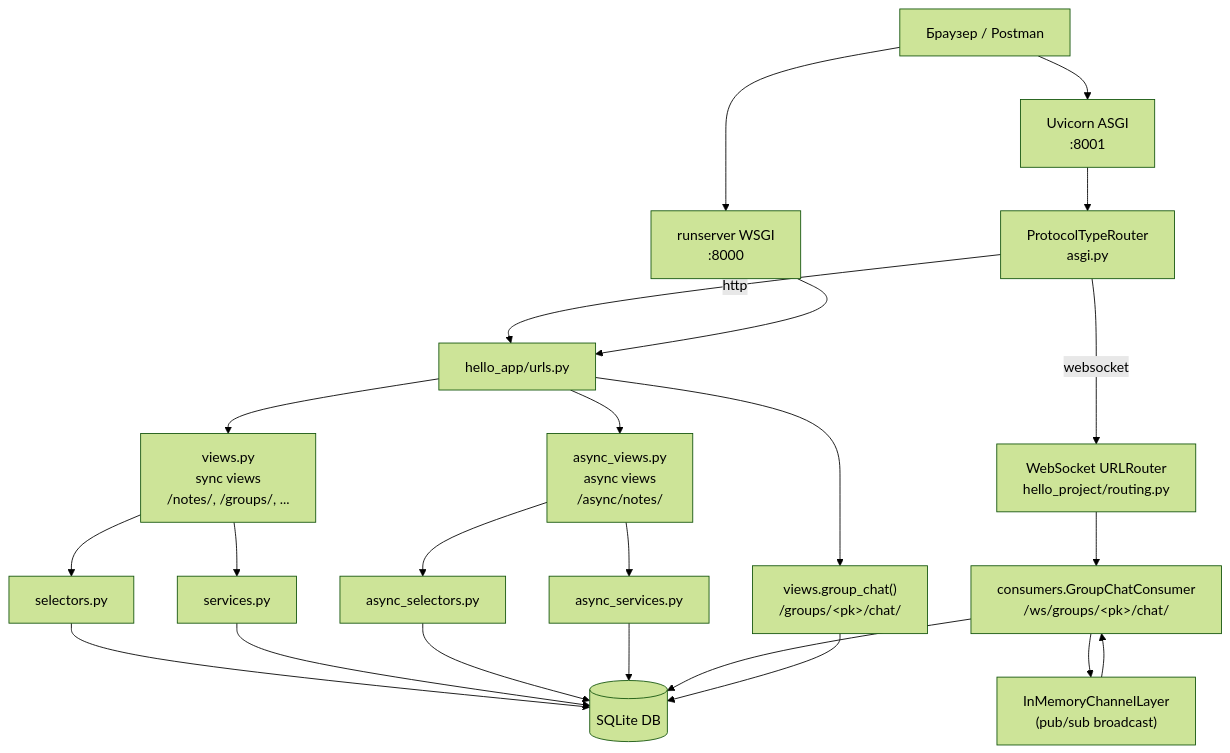
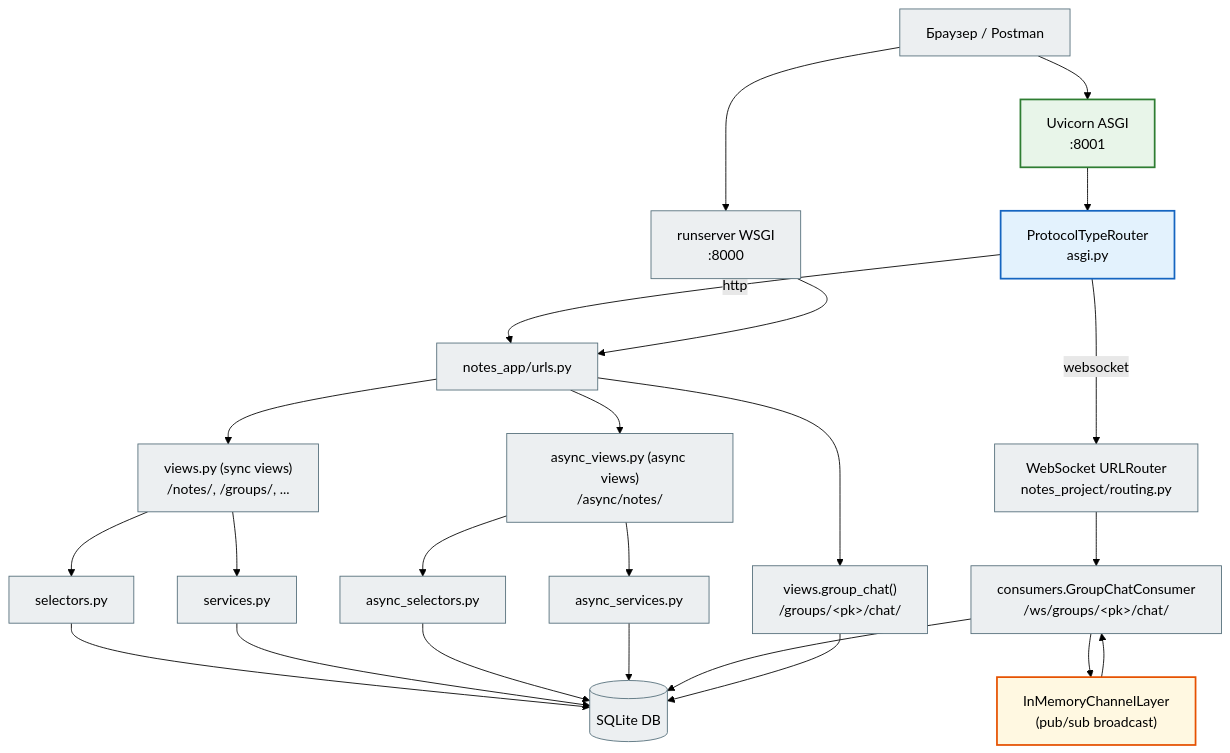
One commit to NikoriakViktot/notes_chat_app changed the first of 3 diagrams in docs/tutorials/07_async_django/7a_sync_vs_async.md. Above: the diagram before and after it, drawn with Mermaid (forest theme). The commit also changed other lines of this file and 441 other files, not shown here.

First line of the commit message:
Add English version of the book, Mermaid standard, docs fixes

````diff
--- a/docs/tutorials/07_async_django/7a_sync_vs_async.md
+++ b/docs/tutorials/07_async_django/7a_sync_vs_async.md
@@ -33,32 +33,42 @@
 ```mermaid
 flowchart TD
-    Browser["Браузер / Postman"] --> ASGI["Uvicorn ASGI\n:8001"]
-    Browser --> WSGI["runserver WSGI\n:8000"]
+    Browser["Браузер / Postman"] --> ASGI["Uvicorn ASGI<br>:8001"]
+    Browser --> WSGI["runserver WSGI<br>:8000"]
 
-    ASGI --> PTR["ProtocolTypeRouter\nasgi.py"]
-    PTR -->|"http"| URLs["hello_app/urls.py"]
-    PTR -->|"websocket"| WS["WebSocket URLRouter\nhello_project/routing.py"]
+    ASGI --> PTR["ProtocolTypeRouter<br>asgi.py"]
+    PTR -->|"http"| URLs["notes_app/urls.py"]
+    PTR -->|"websocket"| WS["WebSocket URLRouter<br>notes_project/routing.py"]
 
     WSGI --> URLs
 
-    URLs --> SyncViews["views.py\nsync views\n/notes/, /groups/, ..."]
-    URLs --> AsyncViews["async_views.py\nasync views\n/async/notes/"]
-    URLs --> ChatView["views.group_chat()\n/groups/&lt;pk&gt;/chat/"]
+    URLs --> SyncViews["views.py (sync views)<br>/notes/, /groups/, ..."]
+    URLs --> AsyncViews["async_views.py (async views)<br>/async/notes/"]
+    URLs --> ChatView["views.group_chat()<br>/groups/&lt;pk&gt;/chat/"]
 
-    WS --> Consumer["consumers.GroupChatConsumer\n/ws/groups/&lt;pk&gt;/chat/"]
+    WS --> Consumer["consumers.GroupChatConsumer<br>/ws/groups/&lt;pk&gt;/chat/"]
 
     SyncViews --> Selectors["selectors.py"]
     SyncViews --> Services["services.py"]
     AsyncViews --> AsyncSelectors["async_selectors.py"]
     AsyncViews --> AsyncServices["async_services.py"]
 
-    Consumer --> ChannelLayer["InMemoryChannelLayer\n(pub/sub broadcast)"]
+    Consumer --> ChannelLayer["InMemoryChannelLayer<br>(pub/sub broadcast)"]
     ChannelLayer --> Consumer
 
     Selectors --> DB[("SQLite DB")]
     Services --> DB
     AsyncSelectors --> DB
     AsyncServices --> DB
     Consumer --> DB
     ChatView --> DB
+
+    classDef step     fill:#eceff1,stroke:#546e7a,stroke-width:1px;
+    classDef decision fill:#e3f2fd,stroke:#1565c0,stroke-width:2px;
+    classDef success  fill:#e8f5e9,stroke:#2e7d32,stroke-width:2px;
+    classDef warning  fill:#fff8e1,stroke:#e65100,stroke-width:2px;
+
+    class Browser,WSGI,URLs,WS,SyncViews,AsyncViews,ChatView,Consumer,Selectors,Services,AsyncSelectors,AsyncServices,DB step;
+    class PTR decision;
+    class ASGI success;
+    class ChannelLayer warning;
 ```
````
